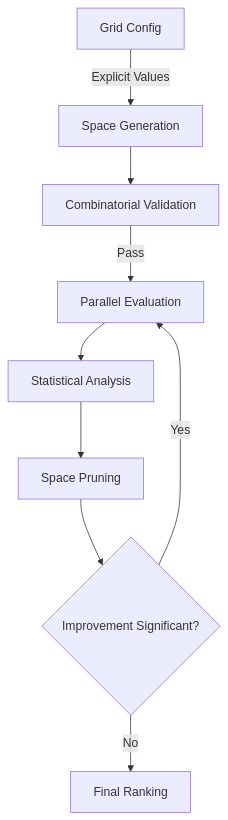
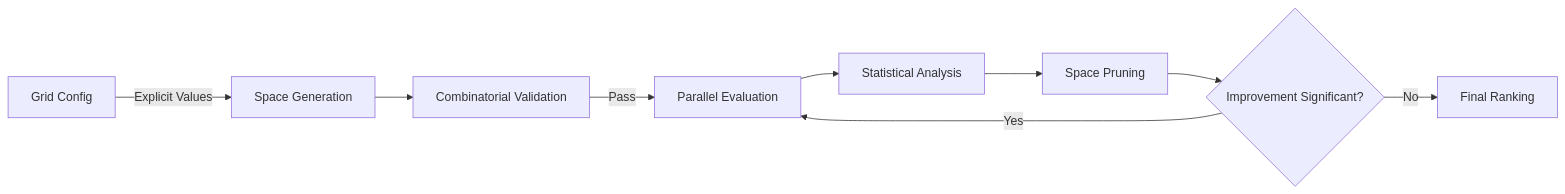
One commit to The-Outsider-97/SLAI changed the second of 2 diagrams in src/tuning/README.md. Above: the diagram before and after it, drawn with Mermaid.

````diff
--- a/src/tuning/README.md
+++ b/src/tuning/README.md
@@ -134,11 +134,11 @@
 ```mermaid 
-graph TD
+graph LR
     A[Grid Config] -->|Explicit Values| B[Space Generation]
     B --> C[Combinatorial Validation]
     C -->|Pass| D[Parallel Evaluation]
     D --> E[Statistical Analysis]
     E --> F[Space Pruning]
     F --> G{Improvement Significant?}
     G -->|Yes| D
     G -->|No| H[Final Ranking]
 ```
````
